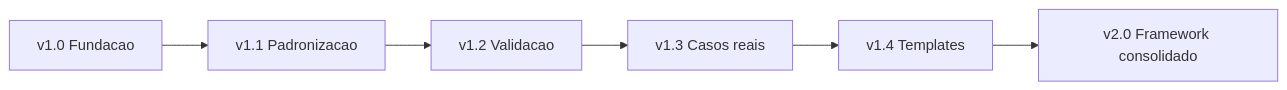
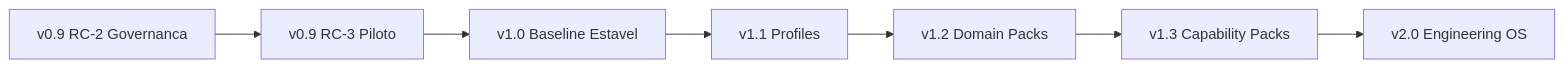
The diagram in NEXT_STEPS.md (thyags/method-ceip), drawn with Mermaid before and after one commit. The commit also changed other lines of this file and 15 other files, not shown here.

````diff
--- a/NEXT_STEPS.md
+++ b/NEXT_STEPS.md
@@ -108,8 +129,9 @@
 ```mermaid
 flowchart LR
-    A["v1.0 Fundacao"] --> B["v1.1 Padronizacao"]
-    B --> C["v1.2 Validacao"]
-    C --> D["v1.3 Casos reais"]
-    D --> E["v1.4 Templates"]
-    E --> F["v2.0 Framework consolidado"]
+    A["v0.9 RC-2 Governanca"] --> B["v0.9 RC-3 Piloto"]
+    B --> C["v1.0 Baseline Estavel"]
+    C --> D["v1.1 Profiles"]
+    D --> E["v1.2 Domain Packs"]
+    E --> F["v1.3 Capability Packs"]
+    F --> G["v2.0 Engineering OS"]
 ```
````
